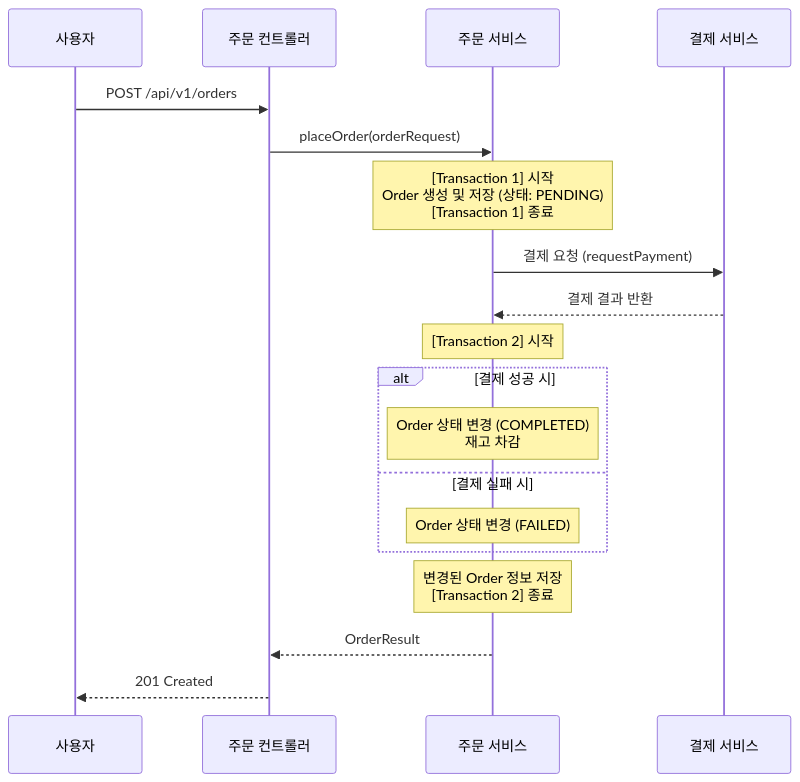
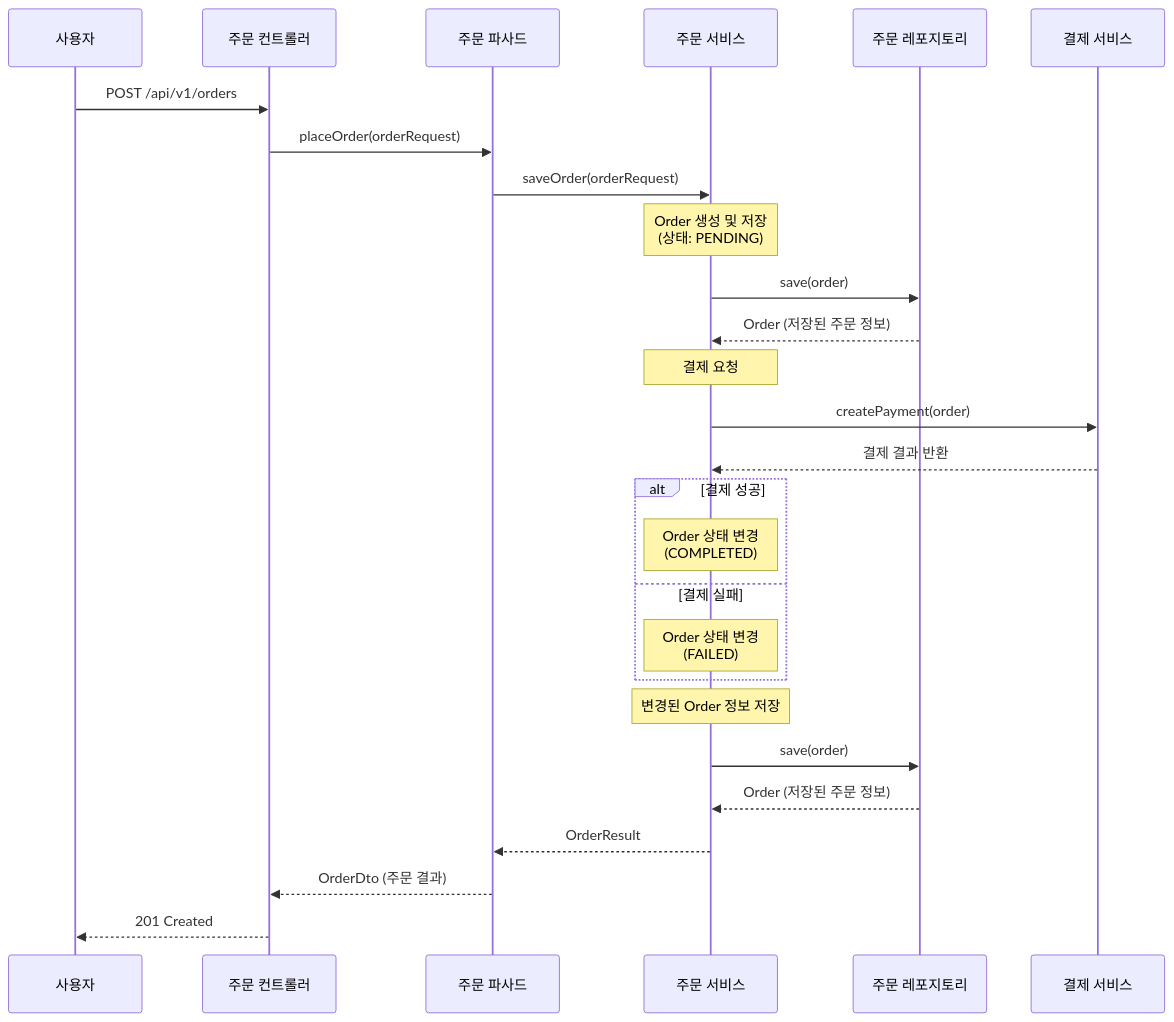
One commit to Loopers-Team-6/chanho changed the second of 5 diagrams in docs/design/02-sequence-diagrams.md. Above: the diagram before and after it, drawn with Mermaid. The commit also changed other lines of this file and 3 other files, not shown here.

````diff
--- a/docs/design/02-sequence-diagrams.md
+++ b/docs/design/02-sequence-diagrams.md
@@ -37,26 +40,29 @@
 ```mermaid
 sequenceDiagram
     participant User as 사용자
     participant OrderController as 주문 컨트롤러
+    participant OrderFacade as 주문 파사드
     participant OrderService as 주문 서비스
+    participant OrderRepository as 주문 레포지토리
     participant PaymentService as 결제 서비스
-
-    User->>OrderController: POST /api/v1/orders
-    OrderController->>OrderService: placeOrder(orderRequest)
-
-    Note over OrderService: [Transaction 1] 시작 <br> Order 생성 및 저장 (상태: PENDING) <br> [Transaction 1] 종료
-
-    OrderService->>PaymentService: 결제 요청 (requestPayment)
-    PaymentService-->>OrderService: 결제 결과 반환
-
-    Note over OrderService: [Transaction 2] 시작
-    alt 결제 성공 시
-        Note over OrderService: Order 상태 변경 (COMPLETED) <br/> 재고 차감
-    else 결제 실패 시
-        Note over OrderService: Order 상태 변경 (FAILED)
+    User ->> OrderController: POST /api/v1/orders
+    OrderController ->> OrderFacade: placeOrder(orderRequest)
+    OrderFacade ->> OrderService: saveOrder(orderRequest)
+    Note over OrderService: Order 생성 및 저장 <br> (상태: PENDING)
+    OrderService ->> OrderRepository: save(order)
+    OrderRepository -->> OrderService: Order (저장된 주문 정보)
+    Note over OrderService: 결제 요청
+    OrderService ->> PaymentService: createPayment(order)
+    PaymentService -->> OrderService: 결제 결과 반환
+    alt 결제 성공
+        Note over OrderService: Order 상태 변경 <br> (COMPLETED)
+    else 결제 실패
+        Note over OrderService: Order 상태 변경 <br> (FAILED)
     end
-    Note over OrderService: 변경된 Order 정보 저장 <br> [Transaction 2] 종료
-
-    OrderService-->>OrderController: OrderResult
-    OrderController-->>User: 201 Created
+    Note over OrderService: 변경된 Order 정보 저장
+    OrderService ->> OrderRepository: save(order)
+    OrderRepository -->> OrderService: Order (저장된 주문 정보)
+    OrderService -->> OrderFacade: OrderResult
+    OrderFacade -->> OrderController: OrderDto (주문 결과)
+    OrderController -->> User: 201 Created
 ```
````
